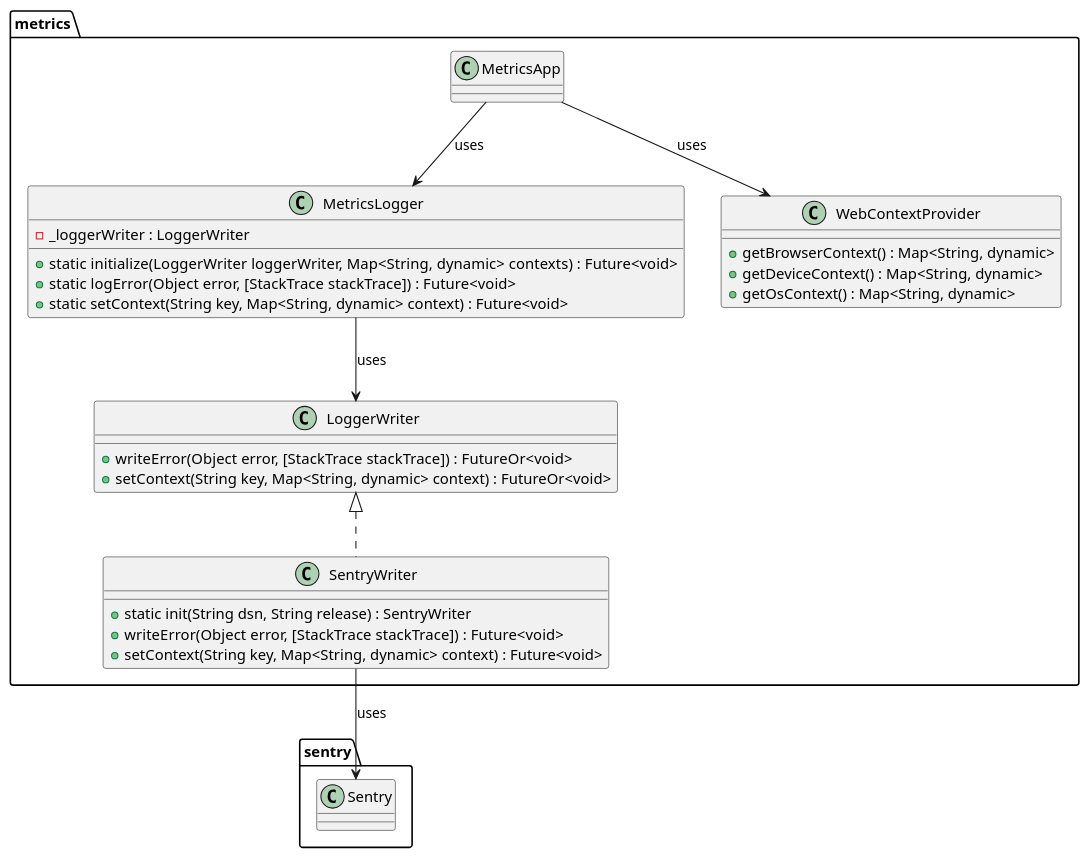
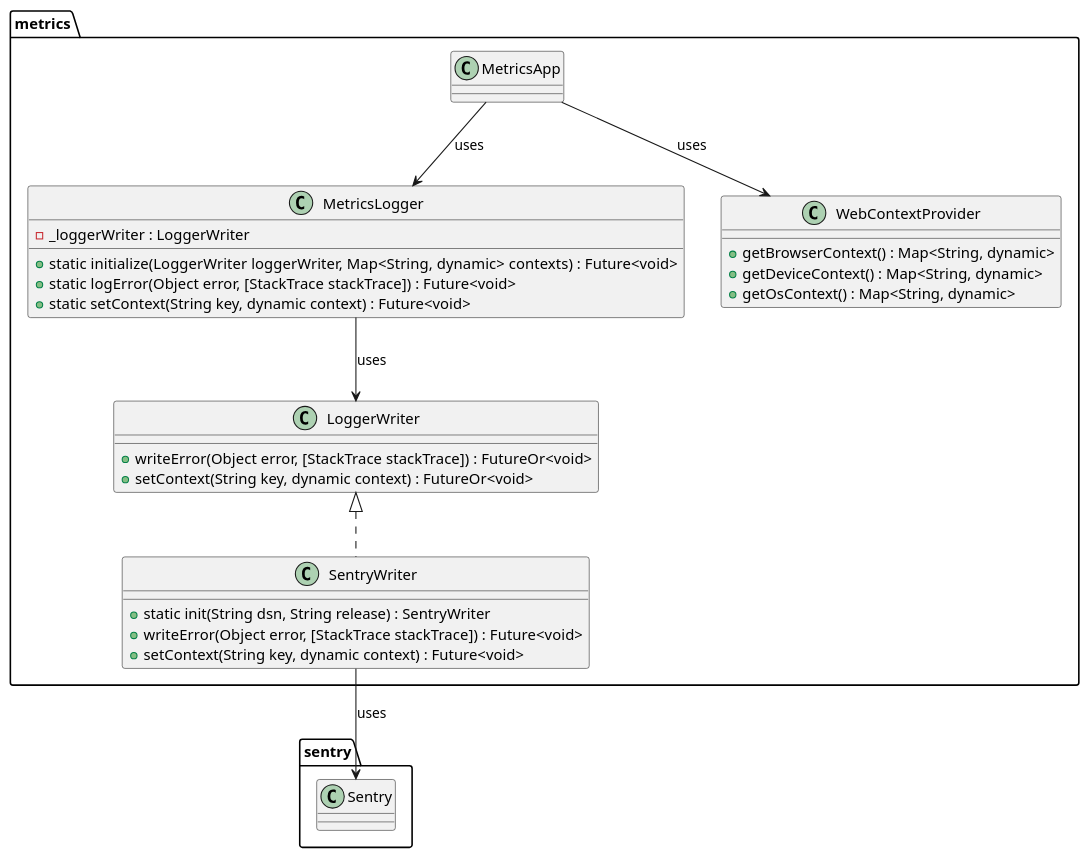
The diagram in metrics/web/docs/features/metrics_logger/diagrams/metrics_logger_sentry_class_diagram.puml (Flank/flank-dashboard), drawn with PlantUML before and after one commit. The commit also changed 1 other file, not shown here.

Commit message:
Fix class diagrams.

```diff
--- a/metrics/web/docs/features/metrics_logger/diagrams/metrics_logger_sentry_class_diagram.puml
+++ b/metrics/web/docs/features/metrics_logger/diagrams/metrics_logger_sentry_class_diagram.puml
@@ -1,40 +1,40 @@
 @startuml metrics_logger_class_diagram
 
 package metrics {
   class MetricsApp {}
 
   class LoggerWriter {
     + writeError(Object error, [StackTrace stackTrace]) : FutureOr<void>
-    + setContext(String key, Map<String, dynamic> context) : FutureOr<void>
+    + setContext(String key, dynamic context) : FutureOr<void>
   }
 
   class SentryWriter implements LoggerWriter {
     + static init(String dsn, String release) : SentryWriter
     + writeError(Object error, [StackTrace stackTrace]) : Future<void>
-    + setContext(String key, Map<String, dynamic> context) : Future<void>
+    + setContext(String key, dynamic context) : Future<void>
   }
 
   class MetricsLogger {
     - _loggerWriter : LoggerWriter
     + static initialize(LoggerWriter loggerWriter,  Map<String, dynamic> contexts) : Future<void>
     + static logError(Object error, [StackTrace stackTrace]) : Future<void>
-    + static setContext(String key, Map<String, dynamic> context) : Future<void>
+    + static setContext(String key, dynamic context) : Future<void>
   }
 
   class WebContextProvider {
     + getBrowserContext() : Map<String, dynamic>
     + getDeviceContext() : Map<String, dynamic>
     + getOsContext() : Map<String, dynamic>
   }
 }
 
 package sentry {
   class Sentry {}
 }
 
 MetricsApp --> WebContextProvider : uses
 MetricsApp --> MetricsLogger : uses
 MetricsLogger --> LoggerWriter : uses
 SentryWriter --> Sentry : uses
 
 @enduml
```
